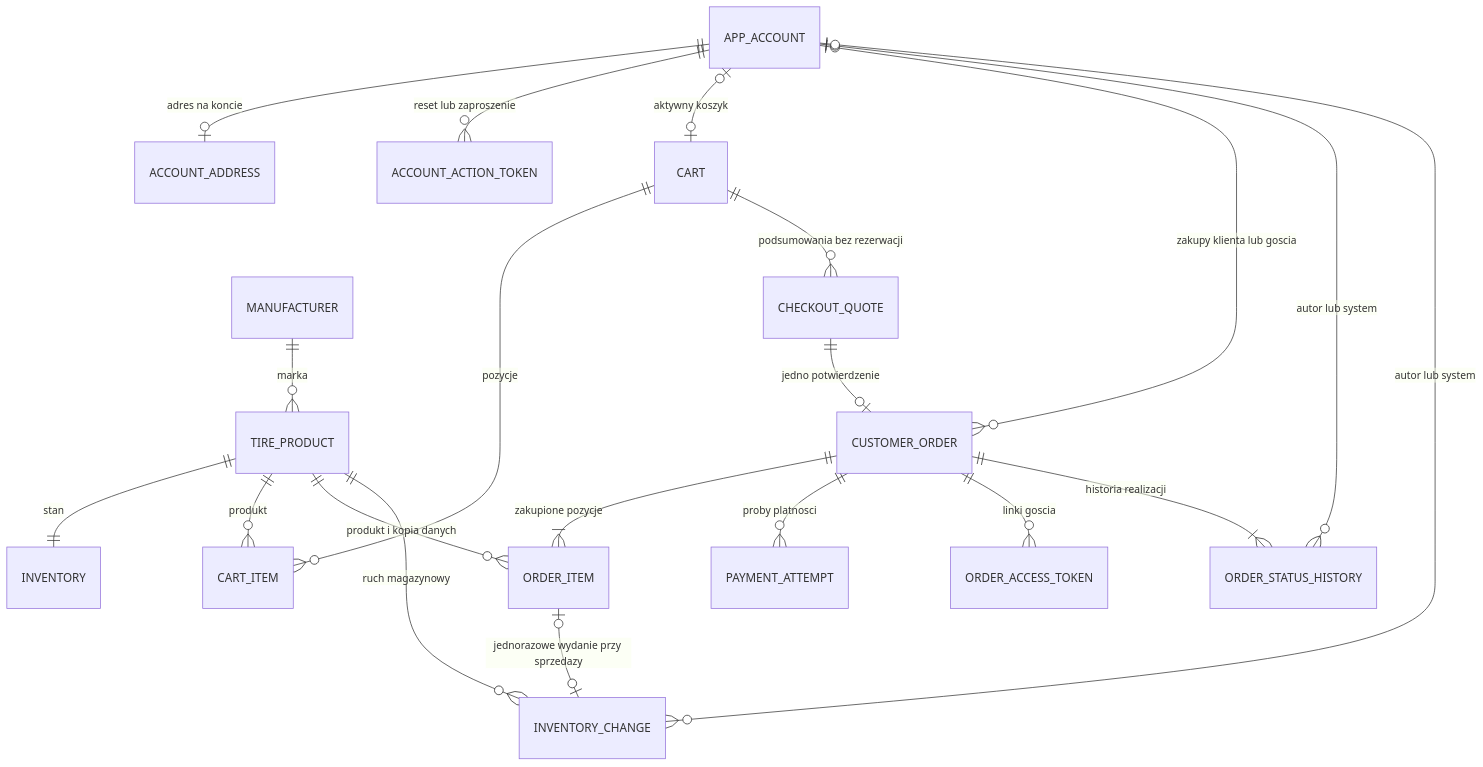
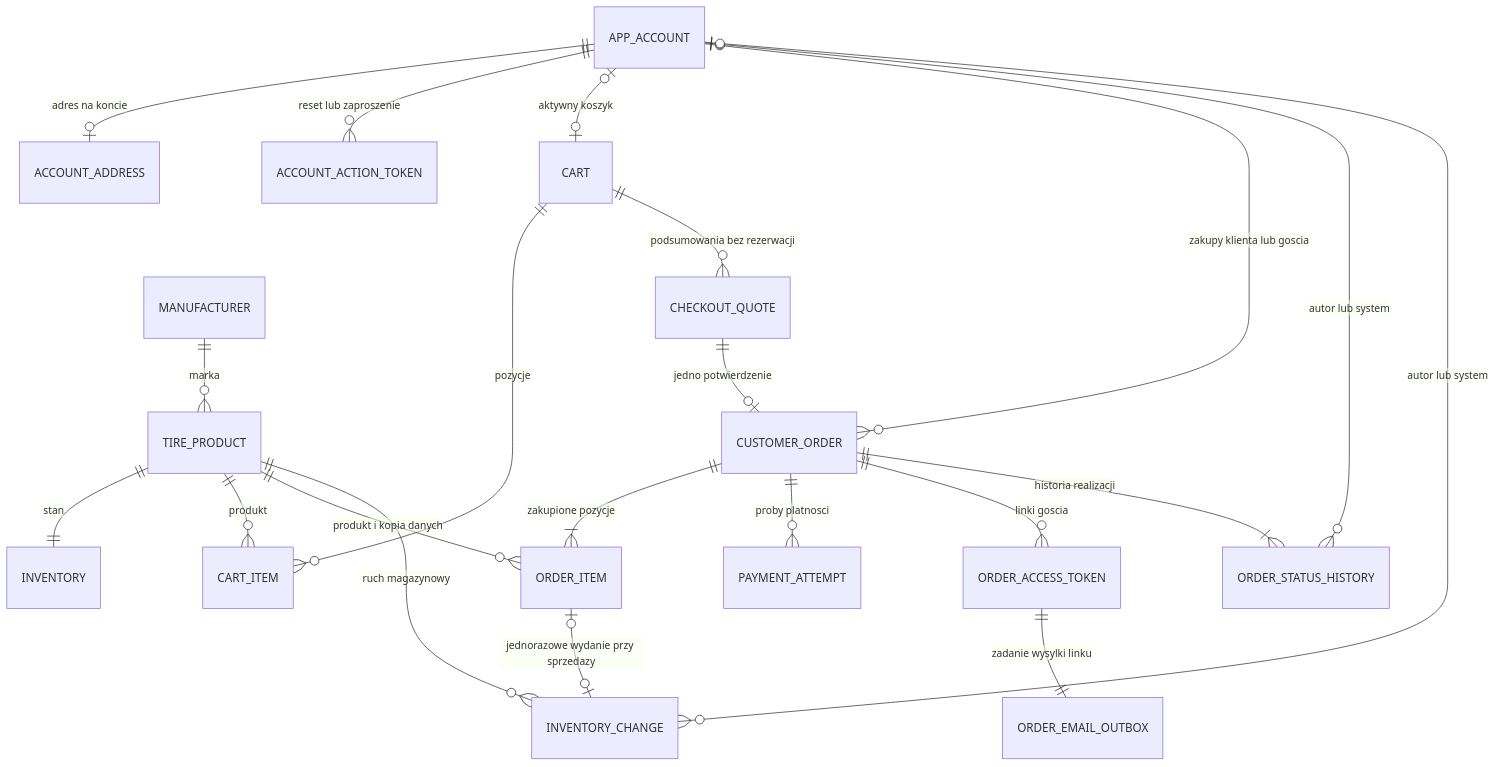
The diagram in docs/backend-design.md (stanislaw-kopec/TireShop), drawn with Mermaid before and after one commit. The commit also changed other lines of this file and 28 other files, not shown here.

Commit message:
feat: add guest order tracking links and email queue with retries

````diff
--- a/docs/backend-design.md
+++ b/docs/backend-design.md
@@ -36,22 +36,23 @@
 ```mermaid
 erDiagram
     APP_ACCOUNT ||--o| ACCOUNT_ADDRESS : "adres na koncie"
     APP_ACCOUNT ||--o{ ACCOUNT_ACTION_TOKEN : "reset lub zaproszenie"
     APP_ACCOUNT o|--o| CART : "aktywny koszyk"
     APP_ACCOUNT o|--o{ CUSTOMER_ORDER : "zakupy klienta lub goscia"
     MANUFACTURER ||--o{ TIRE_PRODUCT : "marka"
     TIRE_PRODUCT ||--|| INVENTORY : "stan"
     CART ||--o{ CART_ITEM : "pozycje"
     TIRE_PRODUCT ||--o{ CART_ITEM : "produkt"
     CART ||--o{ CHECKOUT_QUOTE : "podsumowania bez rezerwacji"
     CHECKOUT_QUOTE ||--o| CUSTOMER_ORDER : "jedno potwierdzenie"
     CUSTOMER_ORDER ||--|{ ORDER_ITEM : "zakupione pozycje"
     TIRE_PRODUCT ||--o{ ORDER_ITEM : "produkt i kopia danych"
     CUSTOMER_ORDER ||--o{ PAYMENT_ATTEMPT : "proby platnosci"
     CUSTOMER_ORDER ||--o{ ORDER_ACCESS_TOKEN : "linki goscia"
+    ORDER_ACCESS_TOKEN ||--|| ORDER_EMAIL_OUTBOX : "zadanie wysylki linku"
     CUSTOMER_ORDER ||--|{ ORDER_STATUS_HISTORY : "historia realizacji"
     APP_ACCOUNT o|--o{ ORDER_STATUS_HISTORY : "autor lub system"
     TIRE_PRODUCT ||--o{ INVENTORY_CHANGE : "ruch magazynowy"
     APP_ACCOUNT o|--o{ INVENTORY_CHANGE : "autor lub system"
     ORDER_ITEM o|--o| INVENTORY_CHANGE : "jednorazowe wydanie przy sprzedazy"
 ```
````
